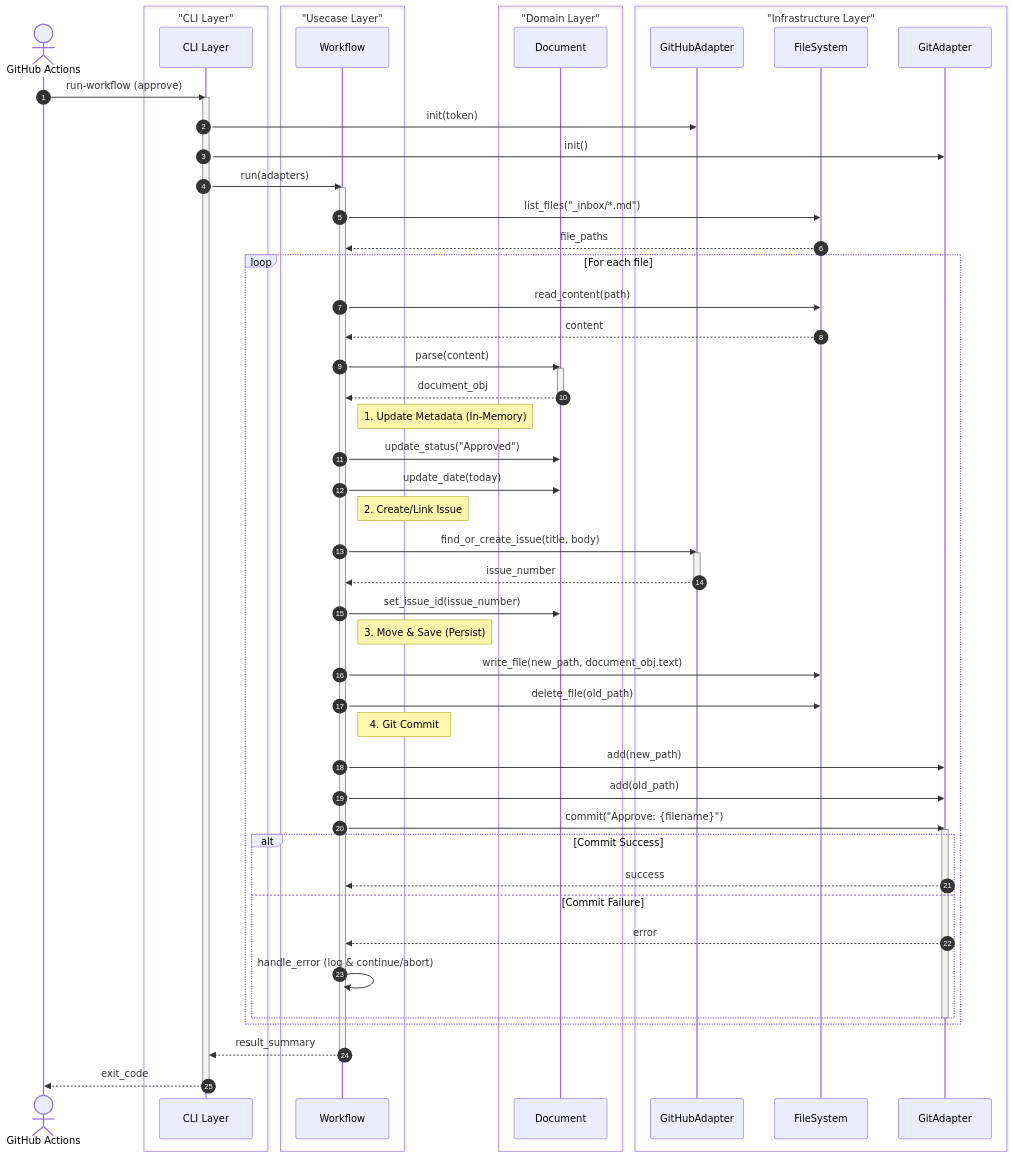
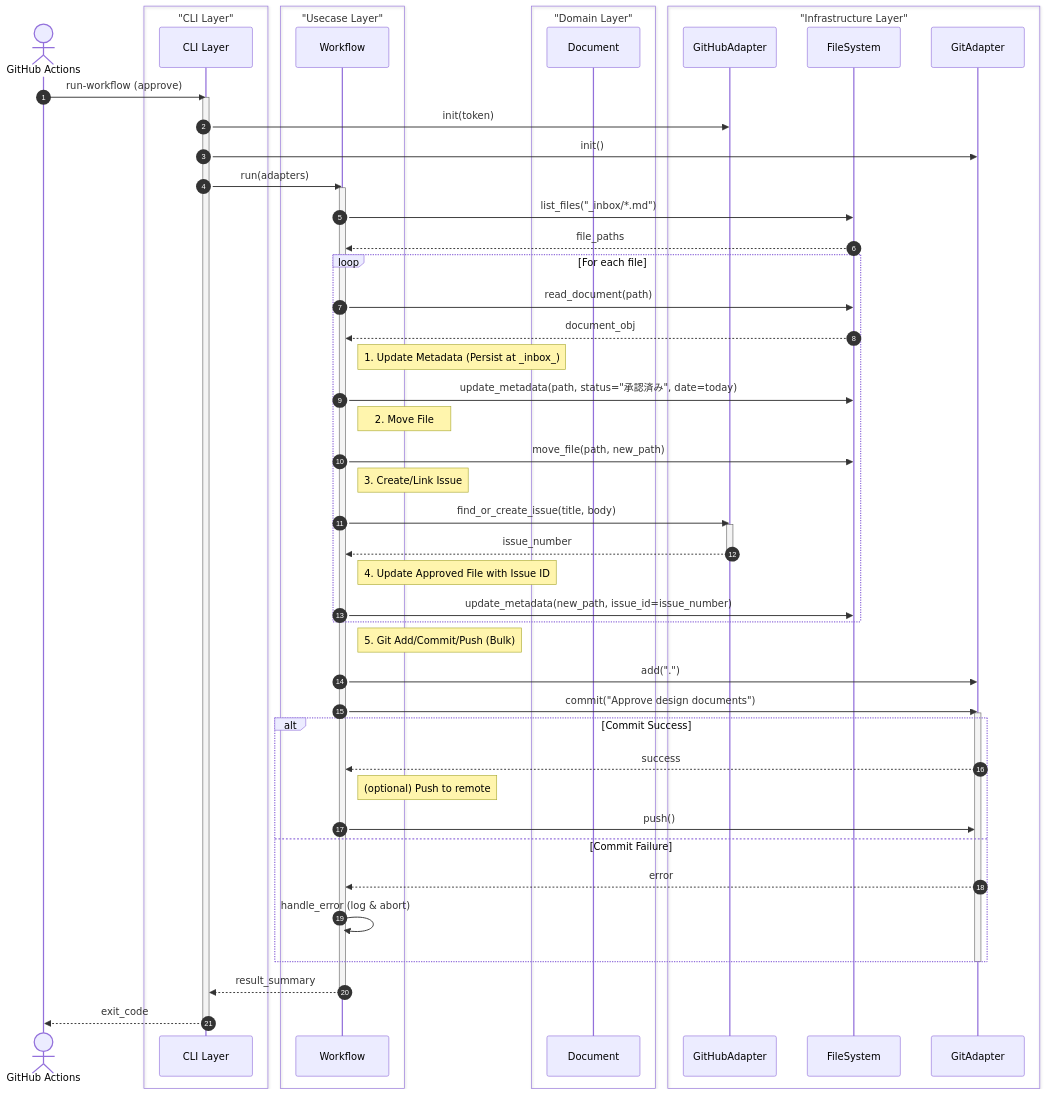
The diagram in docs/architecture/arch-behavior-approval-flow.md (masa-codehub/issue_creator_kit), drawn with Mermaid before and after one commit. The commit also changed other lines of this file, not shown here.

Commit message:
docs: address review comments on PR #204

````diff
--- a/docs/architecture/arch-behavior-approval-flow.md
+++ b/docs/architecture/arch-behavior-approval-flow.md
@@ -25,77 +25,73 @@
 ```mermaid
 sequenceDiagram
     autonumber
     actor GA as GitHub Actions
 
     box "CLI Layer" #eee
         participant CLI as CLI Layer
     end
 
     box "Usecase Layer" #efe
         participant UC as Workflow
     end
 
     box "Domain Layer" #fff
         participant DOM as Document
     end
 
     box "Infrastructure Layer" #f9f9f9
         participant INF_GH as GitHubAdapter
         participant INF_FS as FileSystem
         participant INF_GIT as GitAdapter
     end
 
     GA->>CLI: run-workflow (approve)
     activate CLI
     CLI->>INF_GH: init(token)
     CLI->>INF_GIT: init()
     CLI->>UC: run(adapters)
     activate UC
 
     UC->>INF_FS: list_files("_inbox/*.md")
     INF_FS-->>UC: file_paths
 
     loop For each file
-        UC->>INF_FS: read_content(path)
-        INF_FS-->>UC: content
-        UC->>DOM: parse(content)
-        activate DOM
-        DOM-->>UC: document_obj
-        deactivate DOM
-        
-        Note right of UC: 1. Update Metadata (In-Memory)
-        UC->>DOM: update_status("Approved")
-        UC->>DOM: update_date(today)
+        UC->>INF_FS: read_document(path)
+        INF_FS-->>UC: document_obj
 
-        Note right of UC: 2. Create/Link Issue
+        Note right of UC: 1. Update Metadata (Persist at _inbox_)
+        UC->>INF_FS: update_metadata(path, status="承認済み", date=today)
+
+        Note right of UC: 2. Move File
+        UC->>INF_FS: move_file(path, new_path)
+
+        Note right of UC: 3. Create/Link Issue
         UC->>INF_GH: find_or_create_issue(title, body)
         activate INF_GH
         INF_GH-->>UC: issue_number
         deactivate INF_GH
         
-        UC->>DOM: set_issue_id(issue_number)
+        Note right of UC: 4. Update Approved File with Issue ID
+        UC->>INF_FS: update_metadata(new_path, issue_id=issue_number)
+    end
 
-        Note right of UC: 3. Move & Save (Persist)
-        UC->>INF_FS: write_file(new_path, document_obj.text)
-        UC->>INF_FS: delete_file(old_path)
-        
-        Note right of UC: 4. Git Commit
-        UC->>INF_GIT: add(new_path)
-        UC->>INF_GIT: add(old_path)
-        UC->>INF_GIT: commit("Approve: {filename}")
-        activate INF_GIT
-        
-        alt Commit Success
-            INF_GIT-->>UC: success
-        else Commit Failure
-            INF_GIT-->>UC: error
-            UC->>UC: handle_error (log & continue/abort)
-        end
-        deactivate INF_GIT
+    Note right of UC: 5. Git Add/Commit/Push (Bulk)
+    UC->>INF_GIT: add(".")
+    UC->>INF_GIT: commit("Approve design documents")
+    activate INF_GIT
+    
+    alt Commit Success
+        INF_GIT-->>UC: success
+        Note right of UC: (optional) Push to remote
+        UC->>INF_GIT: push()
+    else Commit Failure
+        INF_GIT-->>UC: error
+        UC->>UC: handle_error (log & abort)
     end
+    deactivate INF_GIT
 
     UC-->>CLI: result_summary
     deactivate UC
     CLI-->>GA: exit_code
     deactivate CLI
 ```
````
